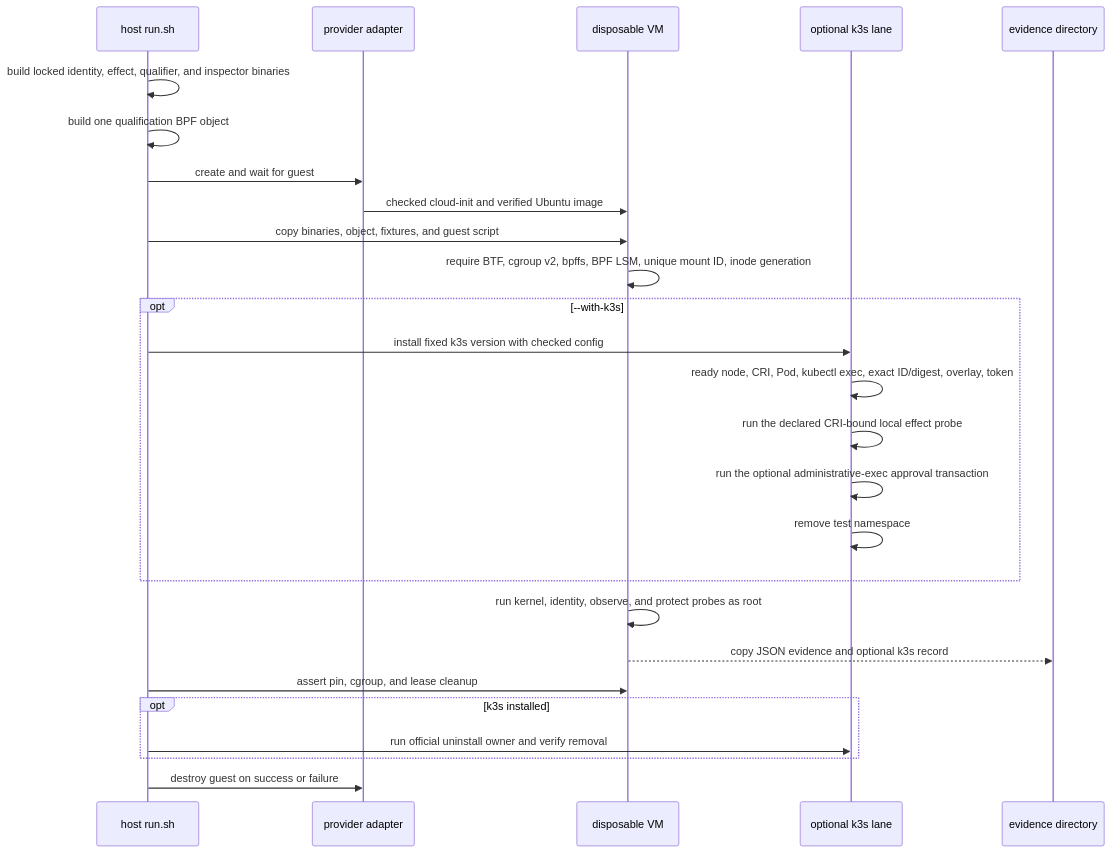
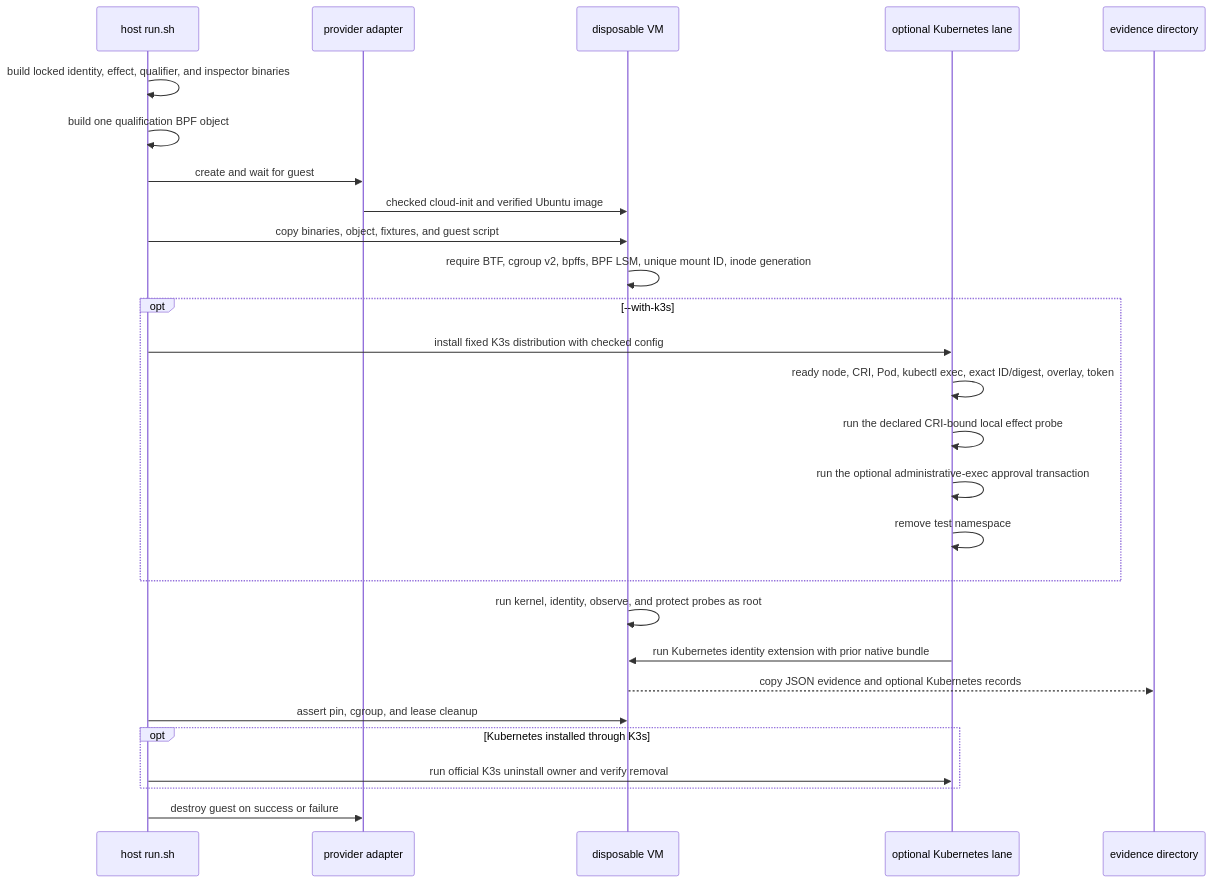
Before and after one commit to Ereborlabs/erebor-runtime: diagram 31 of 38 in docs/plans/mithril-hugging-face-intrusion-prevention/implemented-phase-review.md, drawn with Mermaid. The commit also changed other lines of this file and 13 other files, not shown here.

````diff
--- a/docs/plans/mithril-hugging-face-intrusion-prevention/implemented-phase-review.md
+++ b/docs/plans/mithril-hugging-face-intrusion-prevention/implemented-phase-review.md
@@ -2283,29 +2345,30 @@
 ```mermaid
 sequenceDiagram
     participant H as host run.sh
     participant P as provider adapter
     participant V as disposable VM
-    participant K as optional k3s lane
+    participant K as optional Kubernetes lane
     participant E as evidence directory
 
     H->>H: build locked identity, effect, qualifier, and inspector binaries
     H->>H: build one qualification BPF object
     H->>P: create and wait for guest
     P->>V: checked cloud-init and verified Ubuntu image
     H->>V: copy binaries, object, fixtures, and guest script
     V->>V: require BTF, cgroup v2, bpffs, BPF LSM, unique mount ID, inode generation
     opt --with-k3s
-        H->>K: install fixed k3s version with checked config
+        H->>K: install fixed K3s distribution with checked config
         K->>K: ready node, CRI, Pod, kubectl exec, exact ID/digest, overlay, token
         K->>K: run the declared CRI-bound local effect probe
         K->>K: run the optional administrative-exec approval transaction
         K->>K: remove test namespace
     end
     V->>V: run kernel, identity, observe, and protect probes as root
-    V-->>E: copy JSON evidence and optional k3s record
+    K->>V: run Kubernetes identity extension with prior native bundle
+    V-->>E: copy JSON evidence and optional Kubernetes records
     H->>V: assert pin, cgroup, and lease cleanup
-    opt k3s installed
-        H->>K: run official uninstall owner and verify removal
+    opt Kubernetes installed through K3s
+        H->>K: run official K3s uninstall owner and verify removal
     end
     H->>P: destroy guest on success or failure
 ```
````
